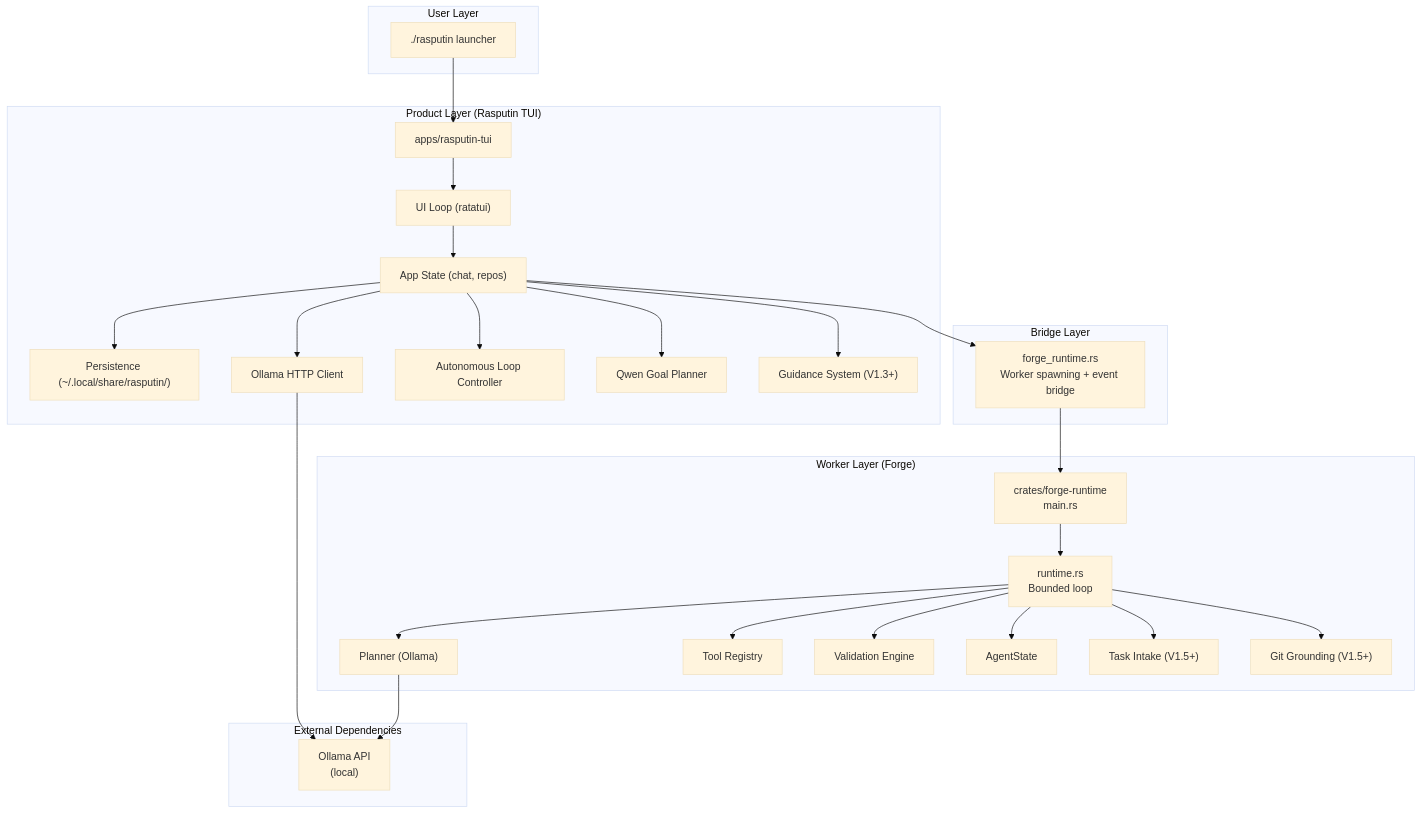
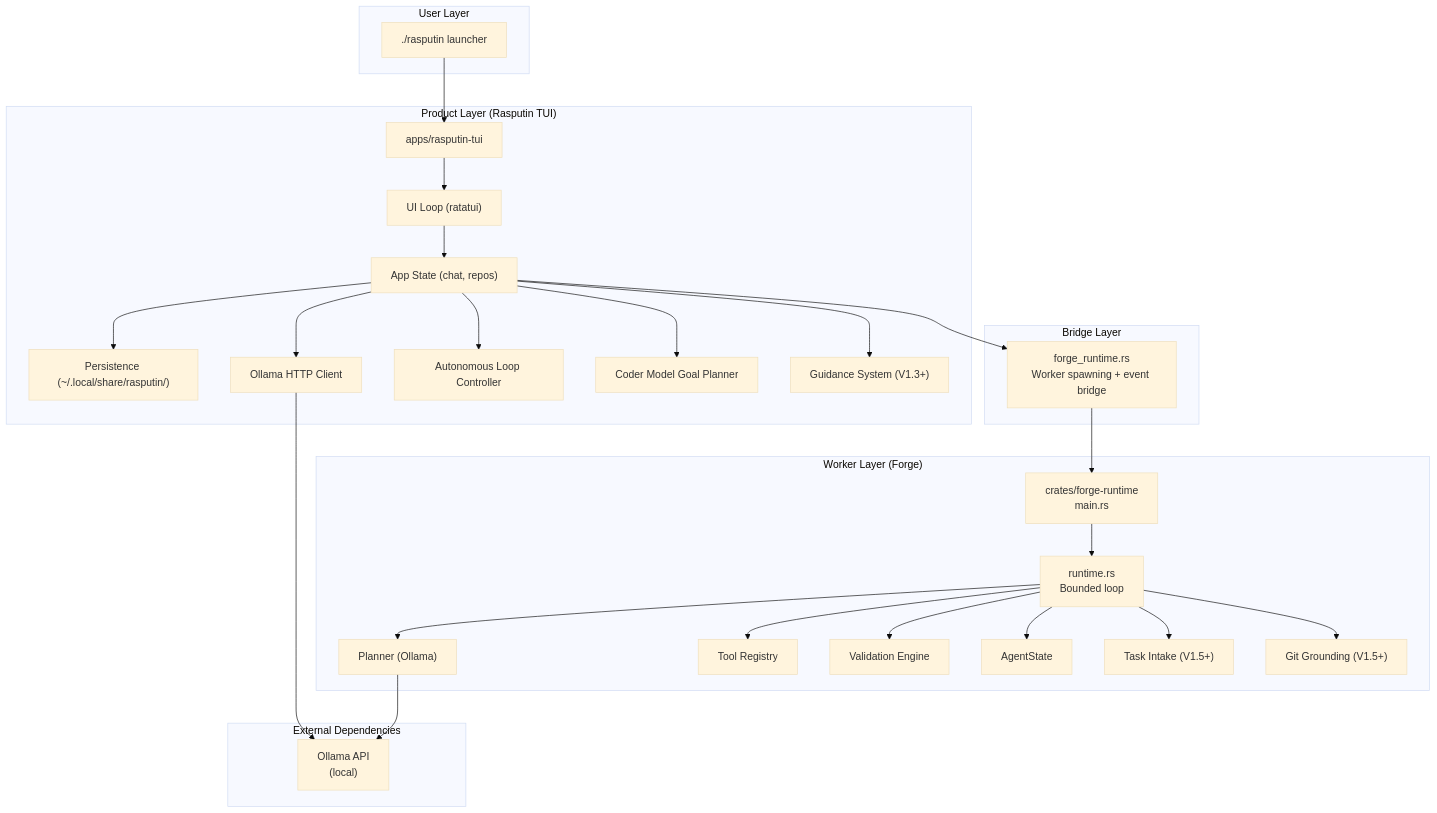
One commit to Keyboard-Lord/Rasputin-Coder changed the first of 2 diagrams in docs/02_ARCHITECTURE.md. Above: the diagram before and after it, drawn with Mermaid (base theme). The commit also changed other lines of this file and 70 other files, not shown here.

````diff
--- a/docs/02_ARCHITECTURE.md
+++ b/docs/02_ARCHITECTURE.md
@@ -45,56 +45,56 @@
 ```mermaid
 flowchart TB
     subgraph User["User Layer"]
         CLI["./rasputin launcher"]
     end
 
     subgraph Product["Product Layer (Rasputin TUI)"]
         TUI["apps/rasputin-tui"]
         UI["UI Loop (ratatui)"]
         State["App State (chat, repos)"]
         Persist["Persistence (~/.local/share/rasputin/)"]
         OllamaClient["Ollama HTTP Client"]
         Autonomy["Autonomous Loop Controller"]
-        GoalPlanner["Qwen Goal Planner"]
+        GoalPlanner["Coder Model Goal Planner"]
         Guidance["Guidance System (V1.3+)"]
     end
 
     subgraph Bridge["Bridge Layer"]
         ForgeRuntime["forge_runtime.rs<br/>Worker spawning + event bridge"]
     end
 
     subgraph Worker["Worker Layer (Forge)"]
         ForgeMain["crates/forge-runtime<br/>main.rs"]
         Runtime["runtime.rs<br/>Bounded loop"]
         Planner["Planner (Ollama)"]
         Tools["Tool Registry"]
         Validation["Validation Engine"]
         StateModel["AgentState"]
         Intake["Task Intake (V1.5+)"]
         GitGrounding["Git Grounding (V1.5+)"]
     end
 
     subgraph External["External Dependencies"]
         Ollama["Ollama API<br/>(local)"]
     end
 
     CLI --> TUI
     TUI --> UI
     UI --> State
     State --> Persist
     State --> Autonomy
     State --> GoalPlanner
     State --> OllamaClient
     State --> Guidance
     OllamaClient --> Ollama
     State --> ForgeRuntime
     ForgeRuntime --> ForgeMain
     ForgeMain --> Runtime
     Runtime --> Planner
     Runtime --> Tools
     Runtime --> Validation
     Runtime --> StateModel
     Runtime --> Intake
     Runtime --> GitGrounding
     Planner --> Ollama
 ```
````
